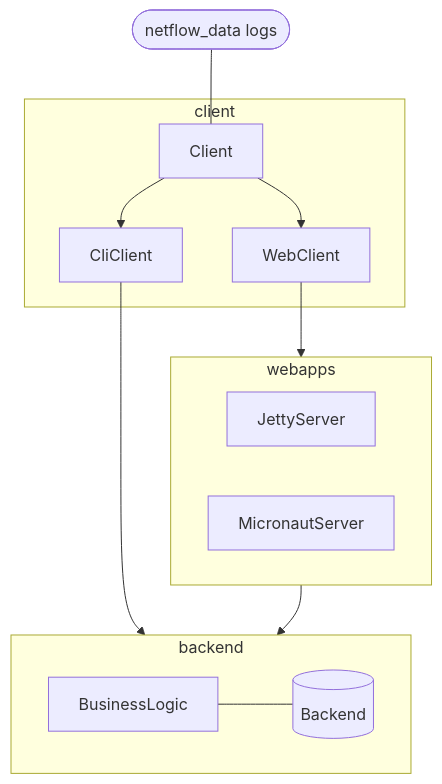
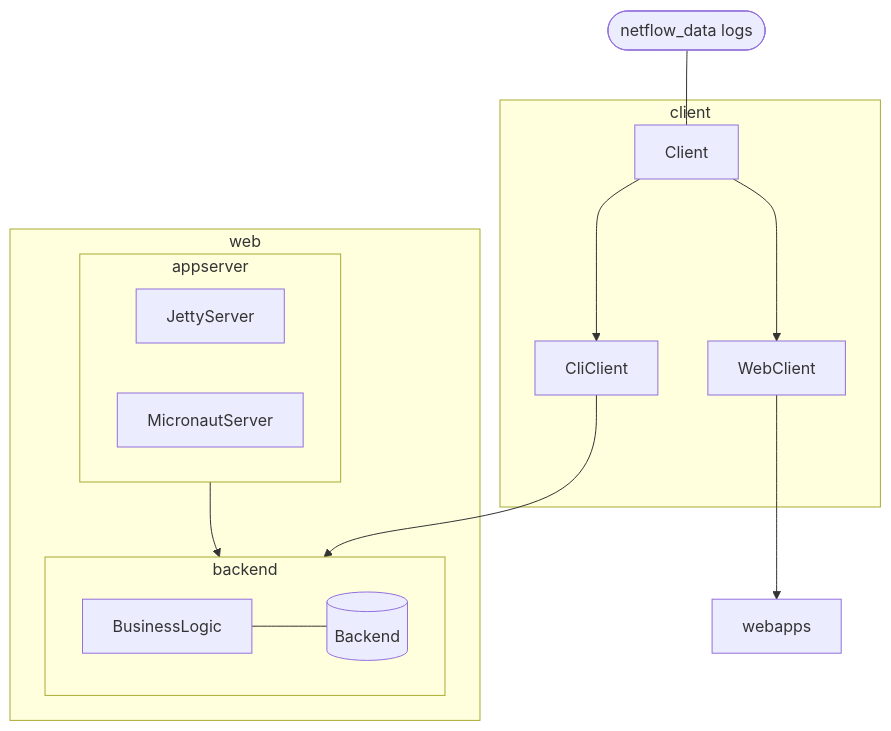
One commit to jaokim/inside-java-dumpster changed the diagram in readme.md. Above: the diagram before and after it, drawn with Mermaid.

````diff
--- a/readme.md
+++ b/readme.md
@@ -14,24 +14,26 @@
 ```mermaid
 flowchart TD
   nf([netflow_data logs]) --- Client
   WebClient --> webapps
   CliClient --> backend
   subgraph client
     Client --> WebClient
     Client --> CliClient
   end
-  subgraph webapps
+  subgraph web
+  subgraph appserver
     JettyServer
     MicronautServer
   end
-  webapps --> backend
+  appserver --> backend
   subgraph backend
     BusinessLogic --- bd[(Backend)]
+  end
   end
   click Client "https://github.com/jaokim/inside-java-dumpster/tree/main/Client"
   click WebClient "https://github.com/jaokim/inside-java-dumpster/tree/main/WebClient"
   click CliClient "https://github.com/jaokim/inside-java-dumpster/tree/main/CliClient"
   click BusinessLogic "https://github.com/jaokim/inside-java-dumpster/tree/main/BusinessLogic"
   click MicronautServer "https://github.com/jaokim/inside-java-dumpster/tree/main/MicronautServer"
   click JettyServer "https://github.com/jaokim/inside-java-dumpster/tree/main/JettyServer"
 ```
````
